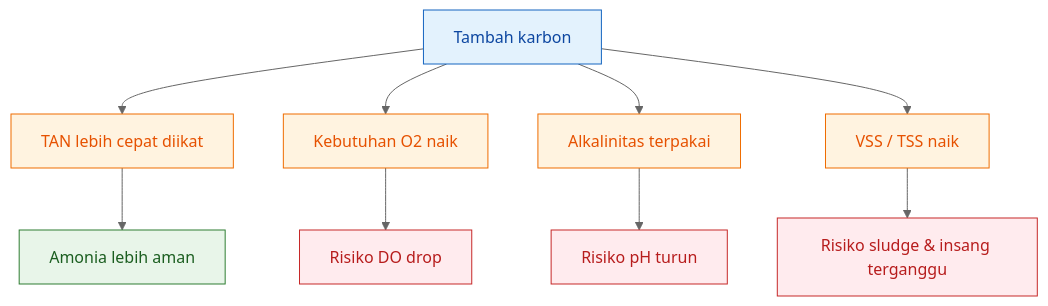
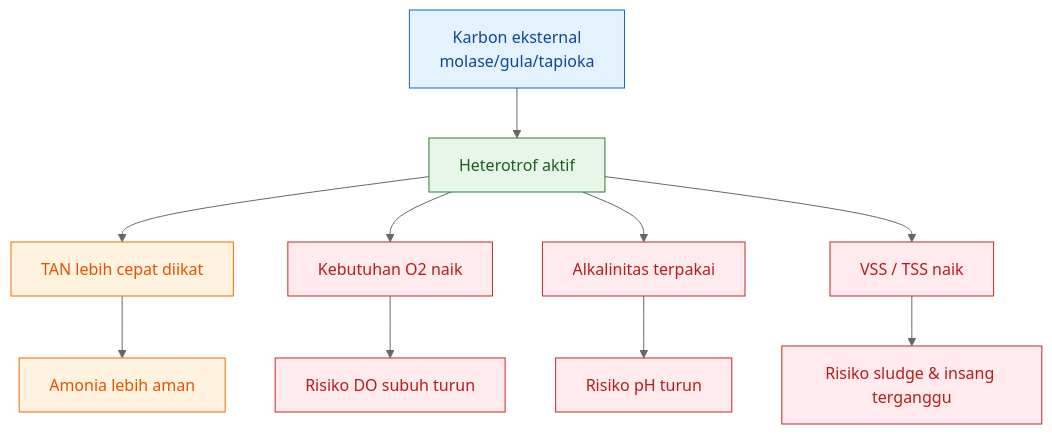
Before and after one commit to slametsampon/kawruhnology: diagram 11 of 39 in content/blog/agri/perikanan/bioflok-nila-berbasis-neraca-mikroba.mdx, drawn with Mermaid (neutral theme). The commit also changed other lines of this file, not shown here.

````diff
--- a/content/blog/agri/perikanan/bioflok-nila-berbasis-neraca-mikroba.mdx
+++ b/content/blog/agri/perikanan/bioflok-nila-berbasis-neraca-mikroba.mdx
@@ -2481,21 +2674,22 @@
 ```mermaid
 flowchart TD
-    A["Tambah karbon"] --> B["TAN lebih cepat diikat"]
-    A --> C["Kebutuhan O2 naik"]
-    A --> D["Alkalinitas terpakai"]
-    A --> E["VSS / TSS naik"]
-    B --> F["Amonia lebih aman"]
-    C --> G["Risiko DO drop"]
-    D --> H["Risiko pH turun"]
-    E --> I["Risiko sludge & insang terganggu"]
+    A["Karbon eksternal<br/>molase/gula/tapioka"] --> B["Heterotrof aktif"]
+    B --> C["TAN lebih cepat diikat"]
+    B --> D["Kebutuhan O2 naik"]
+    B --> E["Alkalinitas terpakai"]
+    B --> F["VSS / TSS naik"]
+    C --> G["Amonia lebih aman"]
+    D --> H["Risiko DO subuh turun"]
+    E --> I["Risiko pH turun"]
+    F --> J["Risiko sludge & insang terganggu"]
 
-    classDef action fill:#E3F2FD,stroke:#1565C0,color:#0D47A1,stroke-width:1px;
-    classDef benefit fill:#E8F5E9,stroke:#2E7D32,color:#1B5E20,stroke-width:1px;
+    classDef input fill:#E3F2FD,stroke:#1565C0,color:#0D47A1,stroke-width:1px;
+    classDef process fill:#E8F5E9,stroke:#2E7D32,color:#1B5E20,stroke-width:1px;
+    classDef benefit fill:#FFF3E0,stroke:#EF6C00,color:#E65100,stroke-width:1px;
     classDef risk fill:#FFEBEE,stroke:#C62828,color:#B71C1C,stroke-width:1px;
-    classDef process fill:#FFF3E0,stroke:#EF6C00,color:#E65100,stroke-width:1px;
 
-    class A action;
-    class B,C,D,E process;
-    class F benefit;
-    class G,H,I risk;
+    class A input;
+    class B process;
+    class C,G benefit;
+    class D,E,F,H,I,J risk;
 ```
````
